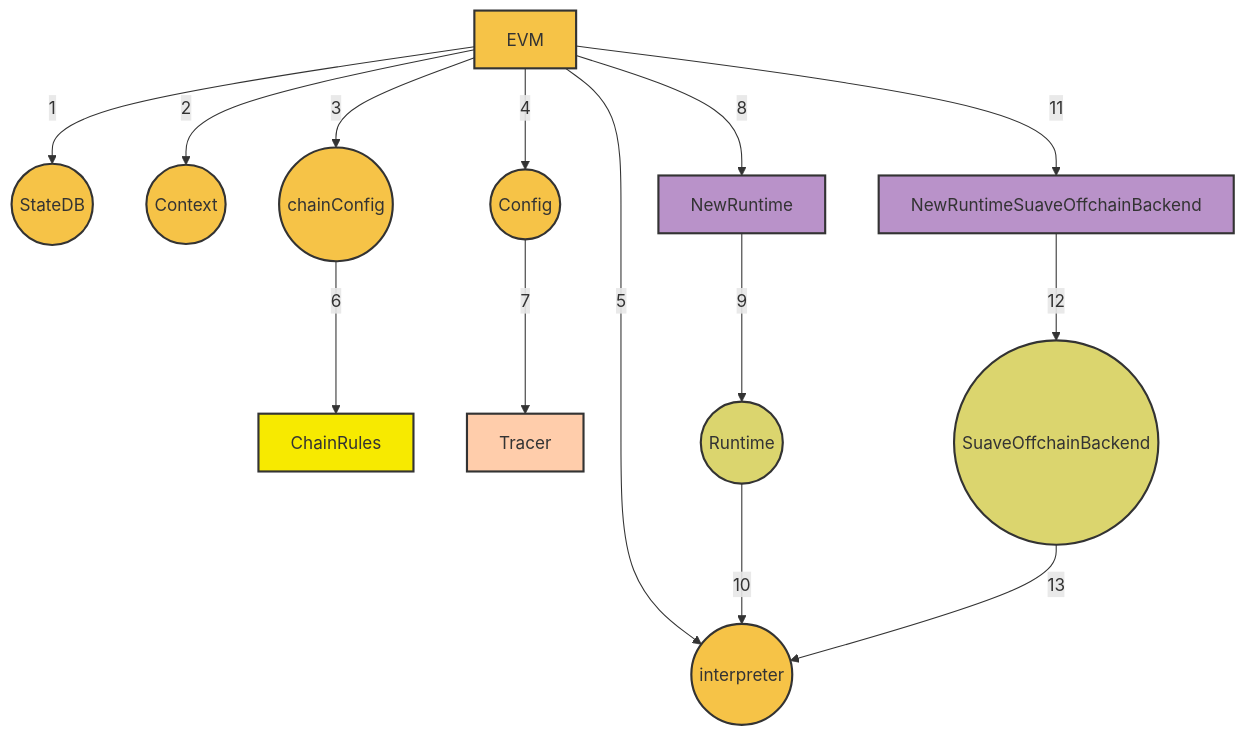
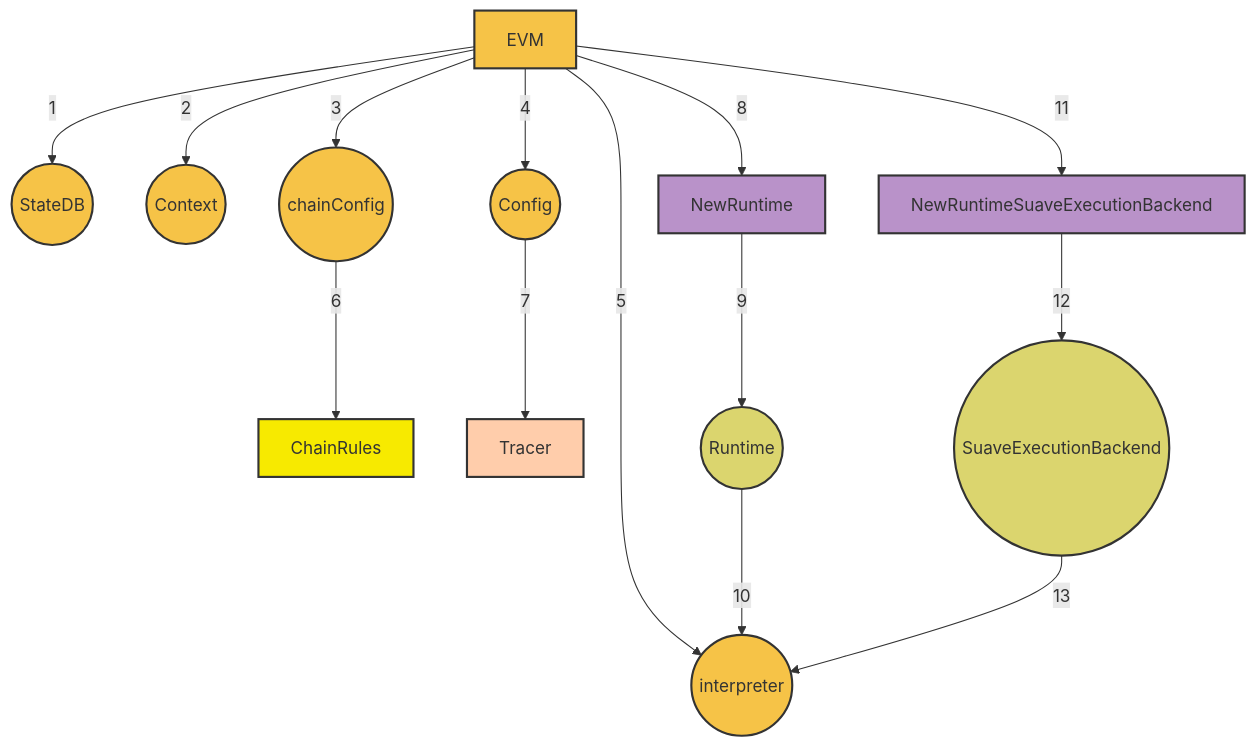
The diagram in suave/README.md (flashbots/suave-geth), drawn with Mermaid before and after one commit. The commit also changed other lines of this file and 9 other files, not shown here.

````diff
--- a/suave/README.md
+++ b/suave/README.md
@@ -117,30 +112,30 @@
 ```mermaid
 graph TB
     A[EVM]-->|1|B((StateDB))
     A-->|2|C((Context))
     A-->|3|D((chainConfig))
     A-->|4|E((Config))
     A-->|5|F((interpreter))
     D-->|6|R[ChainRules]
     E-->|7|S[Tracer]
     A-->|8|T[NewRuntime]
     T-->|9|Z((Runtime))
     Z-->|10|F
-    A-->|11|U[NewRuntimeSuaveOffchainBackend]
-    U-->|12|V((SuaveOffchainBackend))
+    A-->|11|U[NewRuntimeSuaveExecutionBackend]
+    U-->|12|V((SuaveExecutionBackend))
     V-->|13|F
     class A,B,C,D,E,F yellow
     class G,H,I,J,K,L,M,N,O red
     class P,Q green
     class R blue
     class S orange
     class T,U purple
     class Z,V lightgreen
     classDef yellow fill:#f6c347,stroke:#333,stroke-width:2px;
     classDef red fill:#eaafa1,stroke:#333,stroke-width:2px;
     classDef green fill:#96bb7c,stroke:#333,stroke-width:2px;
     classDef blue fill:#f7ea00,stroke:#333,stroke-width:2px;
     classDef orange fill:#ffcdab,stroke:#333,stroke-width:2px;
     classDef purple fill:#b992c9,stroke:#333,stroke-width:2px;
     classDef lightgreen fill:#dbd56e,stroke:#333,stroke-width:2px;
 ```
````
